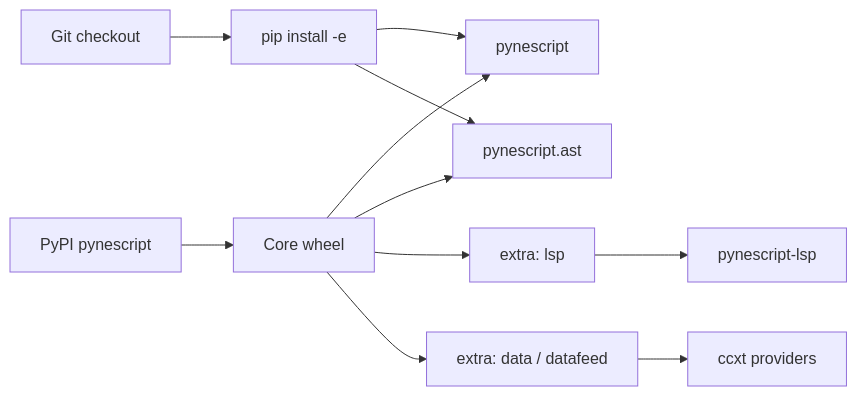
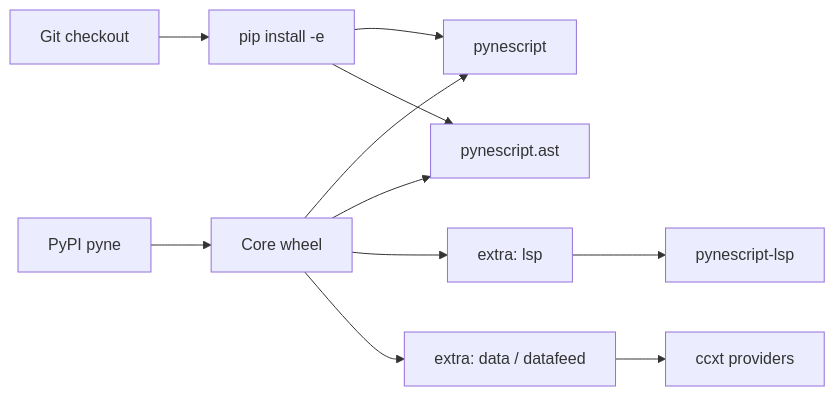
Before and after one commit to hoox-sh/pyne: the diagram in docs/pyne/enduser/getting-started/installation.mdx, drawn with Mermaid. The commit also changed other lines of this file and 33 other files, not shown here.

````diff
--- a/docs/pyne/enduser/getting-started/installation.mdx
+++ b/docs/pyne/enduser/getting-started/installation.mdx
@@ -33,13 +35,13 @@
 ```mermaid
 flowchart LR
-  PYPI[PyPI pynescript] --> CORE[Core wheel]
+  PYPI[PyPI pyne] --> CORE[Core wheel]
   GIT[Git checkout] --> EDIT[pip install -e]
   CORE --> CLI[pynescript]
   CORE --> LIB[pynescript.ast]
   EDIT --> CLI
   EDIT --> LIB
   EXTRA_LSP["extra: lsp"] --> LSP[pynescript-lsp]
   EXTRA_DATA["extra: data / datafeed"] --> CCXT[ccxt providers]
   CORE --> EXTRA_LSP
   CORE --> EXTRA_DATA
 ```
````
